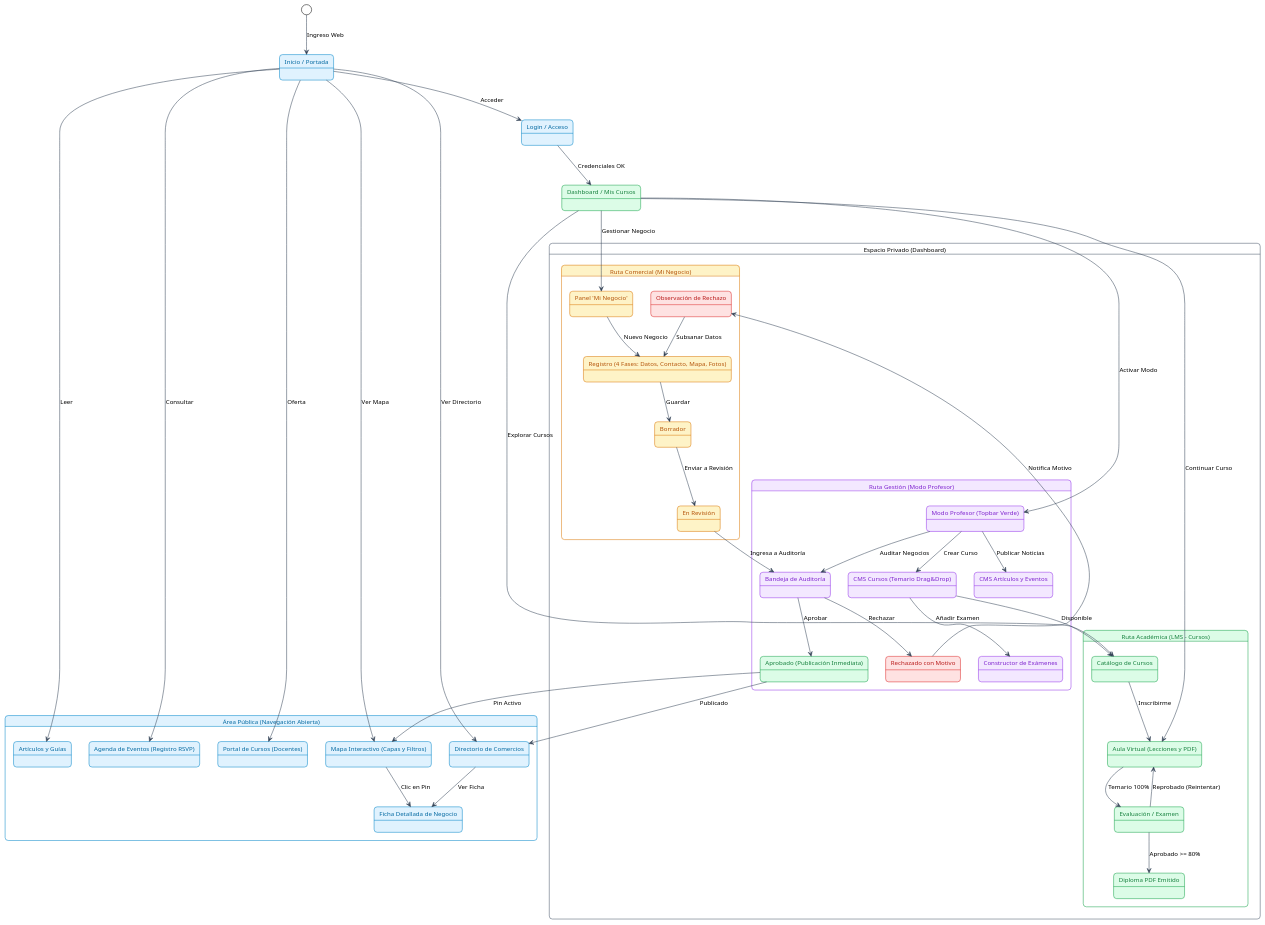
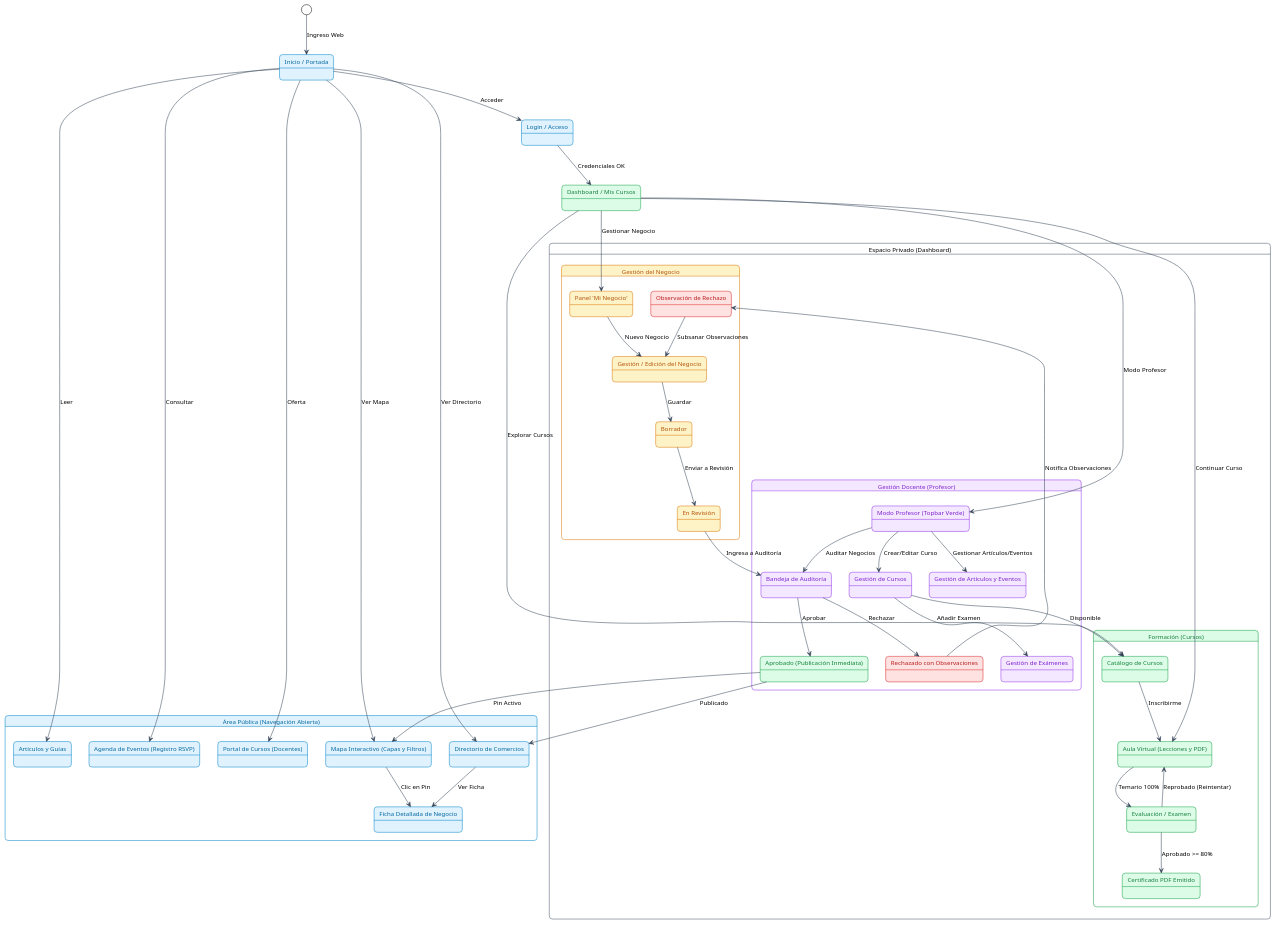
One commit to DaveCuc/reserva-platform changed the first of 2 diagrams in documentacion/Diagrama_3_Comportamiento_y_Rutas.md. Above: the diagram before and after it, drawn with PlantUML. The commit also changed other lines of this file and 12 other files, not shown here.

Commit message:
docs: add comprehensive system architecture, dashboard logic, and reference documentation markdown files

```diff
--- a/documentacion/Diagrama_3_Comportamiento_y_Rutas.md
+++ b/documentacion/Diagrama_3_Comportamiento_y_Rutas.md
@@ -107,12 +106,12 @@
 state "Espacio Privado (Dashboard)" as SecPrivada {
     state "Dashboard / Mis Cursos" as Dashboard <<LMS>>
 
-    ' --- FLUJO ESTUDIANTE LMS ---
-    state "Ruta Académica (LMS - Cursos)" as SubLMS <<LMS>> {
+    ' --- FLUJO ALUMNO/PRODUCTOR: FORMACIÓN ---
+    state "Formación (Cursos)" as SubLMS <<LMS>> {
         state "Catálogo de Cursos" as Explorar <<LMS>>
         state "Aula Virtual (Lecciones y PDF)" as Aula <<LMS>>
         state "Evaluación / Examen" as Examen <<LMS>>
-        state "Diploma PDF Emitido" as Diploma <<LMS>>
+        state "Certificado PDF Emitido" as Diploma <<LMS>>
 
         Explorar --> Aula : Inscribirme
         Aula --> Examen : Temario 100%
@@ -123,10 +122,10 @@
     Dashboard --> Explorar : Explorar Cursos
     Dashboard --> Aula : Continuar Curso
 
-    ' --- FLUJO EMPRENDEDOR ---
-    state "Ruta Comercial (Mi Negocio)" as SubTrade <<Trade>> {
+    ' --- FLUJO ALUMNO/PRODUCTOR: GESTIÓN DEL NEGOCIO ---
+    state "Gestión del Negocio" as SubTrade <<Trade>> {
         state "Panel 'Mi Negocio'" as MisNegocios <<Trade>>
-        state "Registro (4 Fases: Datos, Contacto, Mapa, Fotos)" as FormTrade <<Trade>>
+        state "Gestión / Edición del Negocio" as FormTrade <<Trade>>
         state "Borrador" as Borrador <<Trade>>
         state "En Revisión" as EnRevision <<Trade>>
         state "Observación de Rechazo" as AlertaRechazo <<Alert>>
@@ -134,36 +133,36 @@
         MisNegocios --> FormTrade : Nuevo Negocio
         FormTrade --> Borrador : Guardar
         Borrador --> EnRevision : Enviar a Revisión
-        AlertaRechazo --> FormTrade : Subsanar Datos
+        AlertaRechazo --> FormTrade : Subsanar Observaciones
     }
 
     Dashboard --> MisNegocios : Gestionar Negocio
 
-    ' --- FLUJO GESTIÓN / PROFESOR ---
-    state "Ruta Gestión (Modo Profesor)" as SubAdmin <<Admin>> {
+    ' --- FLUJO PROFESOR: GESTIÓN DOCENTE ---
+    state "Gestión Docente (Profesor)" as SubAdmin <<Admin>> {
         state "Modo Profesor (Topbar Verde)" as ModoProfesor <<Admin>>
-        state "CMS Cursos (Temario Drag&Drop)" as CMSCursos <<Admin>>
-        state "Constructor de Exámenes" as CMSExams <<Admin>>
-        state "CMS Artículos y Eventos" as CMSContenido <<Admin>>
+        state "Gestión de Cursos" as CMSCursos <<Admin>>
+        state "Gestión de Exámenes" as CMSExams <<Admin>>
+        state "Gestión de Artículos y Eventos" as CMSContenido <<Admin>>
         state "Bandeja de Auditoría" as Bandeja <<Admin>>
         state "Aprobado (Publicación Inmediata)" as DictamenAprobado <<LMS>>
-        state "Rechazado con Motivo" as DictamenRechazado <<Alert>>
+        state "Rechazado con Observaciones" as DictamenRechazado <<Alert>>
 
-        ModoProfesor --> CMSCursos : Crear Curso
+        ModoProfesor --> CMSCursos : Crear/Editar Curso
         CMSCursos --> CMSExams : Añadir Examen
-        ModoProfesor --> CMSContenido : Publicar Noticias
+        ModoProfesor --> CMSContenido : Gestionar Artículos/Eventos
         ModoProfesor --> Bandeja : Auditar Negocios
 
         Bandeja --> DictamenAprobado : Aprobar
         Bandeja --> DictamenRechazado : Rechazar
     }
 
-    Dashboard --> ModoProfesor : Activar Modo
+    Dashboard --> ModoProfesor : Modo Profesor
 }
 
 ' --- CONEXIONES ENTRE PROCESOS ---
 EnRevision --> Bandeja : Ingresa a Auditoría
-DictamenRechazado --> AlertaRechazo : Notifica Motivo
+DictamenRechazado --> AlertaRechazo : Notifica Observaciones
 DictamenAprobado --> Directorio : Publicado
 DictamenAprobado --> Mapa : Pin Activo
 CMSCursos --> Explorar : Disponible
```
